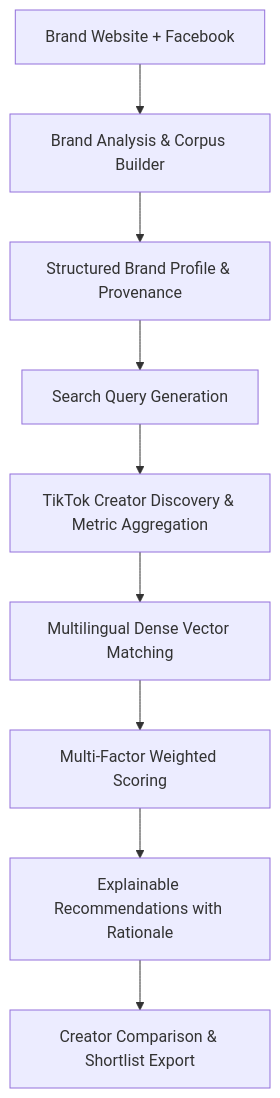
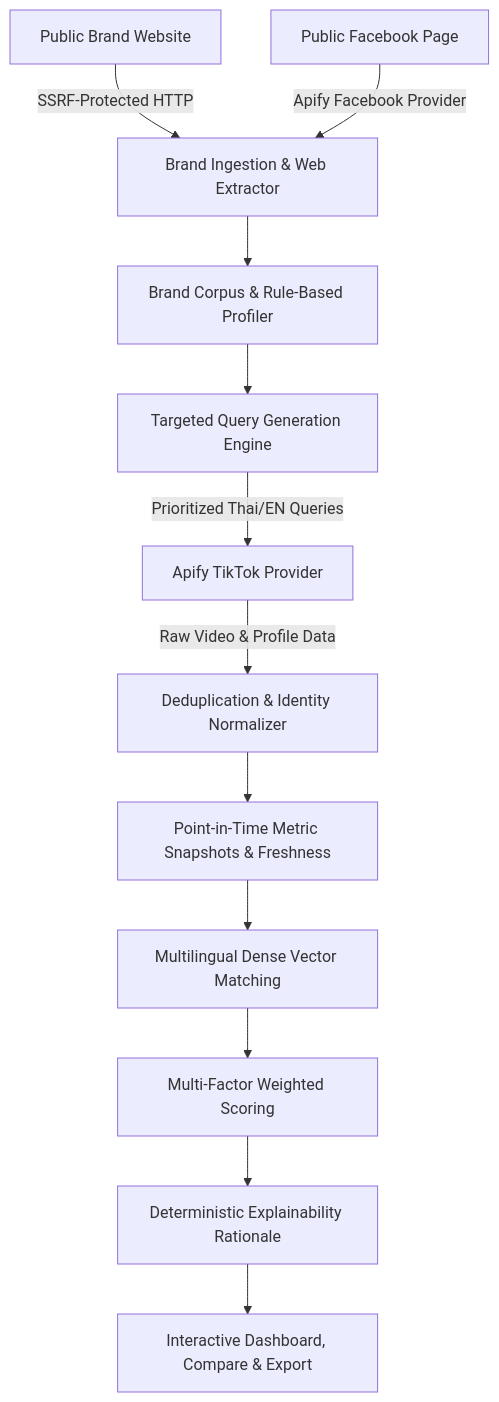
The first of 3 diagrams in README.md (Chalermsak1/Thaikol-ai), drawn with Mermaid before and after one commit. The commit also changed other lines of this file and 85 other files, not shown here.

First line of the commit message:
feat(all): complete mobile-first redesign, image-rich creator discovery, and production-grade backend

````diff
--- a/README.md
+++ b/README.md
@@ -30,11 +32,14 @@
 ```mermaid
 flowchart TD
-    A[Brand Website + Facebook] --> B[Brand Analysis & Corpus Builder]
-    B --> C[Structured Brand Profile & Provenance]
-    C --> D[Search Query Generation]
-    D --> E[TikTok Creator Discovery & Metric Aggregation]
-    E --> F[Multilingual Dense Vector Matching]
-    F --> G[Multi-Factor Weighted Scoring]
-    G --> H[Explainable Recommendations with Rationale]
-    H --> I[Creator Comparison & Shortlist Export]
+    A[Public Brand Website] -->|SSRF-Protected HTTP| B[Brand Ingestion & Web Extractor]
+    A2[Public Facebook Page] -->|Apify Facebook Provider| B
+    B --> C[Brand Corpus & Rule-Based Profiler]
+    C --> D[Targeted Query Generation Engine]
+    D -->|Prioritized Thai/EN Queries| E[Apify TikTok Provider]
+    E -->|Raw Video & Profile Data| F[Deduplication & Identity Normalizer]
+    F --> G[Point-in-Time Metric Snapshots & Freshness]
+    G --> H[Multilingual Dense Vector Matching]
+    H --> I[Multi-Factor Weighted Scoring]
+    I --> J[Deterministic Explainability Rationale]
+    J --> K[Interactive Dashboard, Compare & Export]
 ```
````
